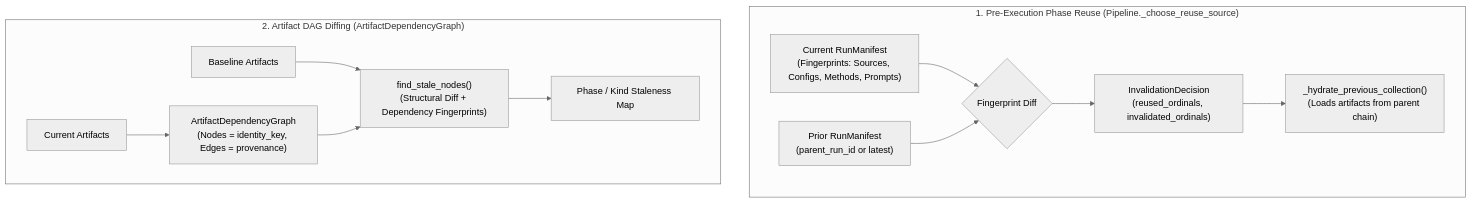
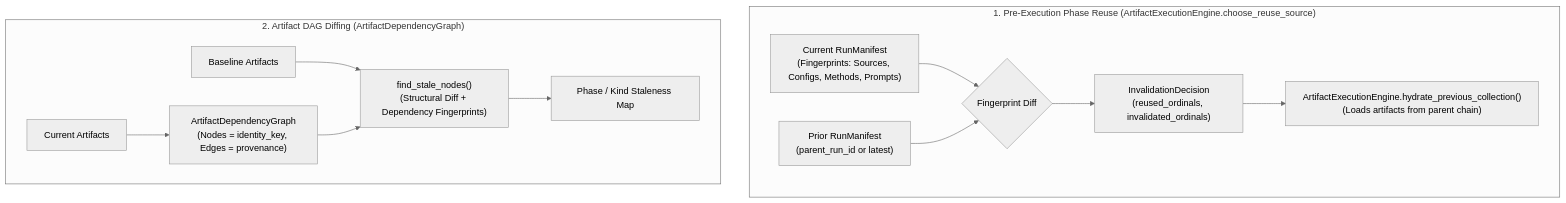
Before and after one commit to maxoem/EpistemeX: the first of 2 diagrams in docs/architecture/invalidation_and_resume.md, drawn with Mermaid (neutral theme). The commit also changed other lines of this file and 495 other files, not shown here.

First line of the commit message:
feat(pipeline,epistemetrics): resolve architectural, workflow, and domain critique (ISSUE-046..065, ISSUE-108..110) (#47)

````diff
--- a/docs/architecture/invalidation_and_resume.md
+++ b/docs/architecture/invalidation_and_resume.md
@@ -23,26 +23,26 @@
 ```mermaid
 flowchart TD
-    subgraph PreExec ["1. Pre-Execution Phase Reuse (Pipeline._choose_reuse_source)"]
+    subgraph PreExec ["1. Pre-Execution Phase Reuse (ArtifactExecutionEngine.choose_reuse_source)"]
         ManifestCurrent["Current RunManifest<br/>(Fingerprints: Sources, Configs, Methods, Prompts)"]
         ManifestPrior["Prior RunManifest<br/>(parent_run_id or latest)"]
         Compare{"Fingerprint Diff"}
         Decision["InvalidationDecision<br/>(reused_ordinals, invalidated_ordinals)"]
-        Hydrate["_hydrate_previous_collection()<br/>(Loads artifacts from parent chain)"]
+        Hydrate["ArtifactExecutionEngine.hydrate_previous_collection()<br/>(Loads artifacts from parent chain)"]
         ManifestCurrent --> Compare
         ManifestPrior --> Compare
         Compare --> Decision
         Decision --> Hydrate
     end
 
     subgraph PostExec ["2. Artifact DAG Diffing (ArtifactDependencyGraph)"]
         ArtsCurrent["Current Artifacts"]
         ArtsBaseline["Baseline Artifacts"]
         DAG["ArtifactDependencyGraph<br/>(Nodes = identity_key, Edges = provenance)"]
         Stale["find_stale_nodes()<br/>(Structural Diff + Dependency Fingerprints)"]
         DiffReport["Phase / Kind Staleness Map"]
         ArtsCurrent --> DAG
         ArtsBaseline --> Stale
         DAG --> Stale
         Stale --> DiffReport
     end
 ```
````
